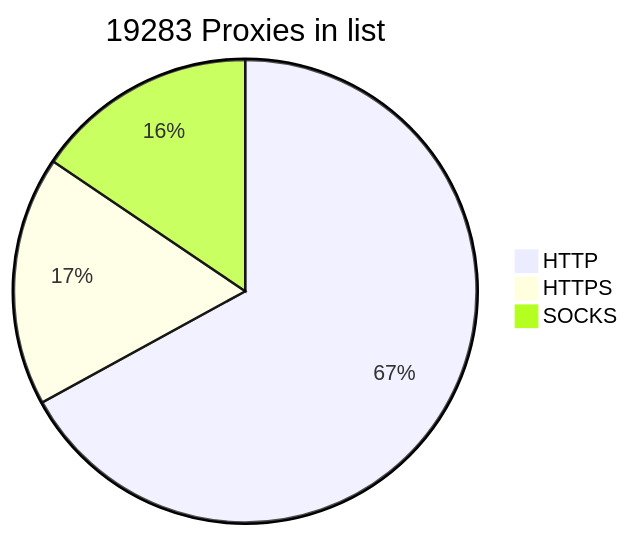
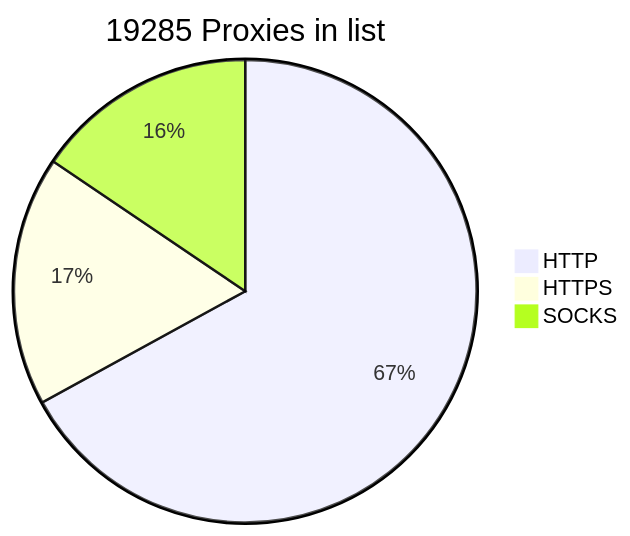
One commit to BlackSnowDot/proxylist-update-every-minute changed the diagram in README.md. Above: the diagram before and after it, drawn with Mermaid.

````diff
--- a/README.md
+++ b/README.md
@@ -2,6 +2,6 @@
 ```mermaid
-pie title 19283 Proxies in list
-    "HTTP" : 14255
-    "HTTPS": 3708
+pie title 19285 Proxies in list
+    "HTTP" : 14256
+    "HTTPS": 3710
     "SOCKS" : 3304
 ```
````
